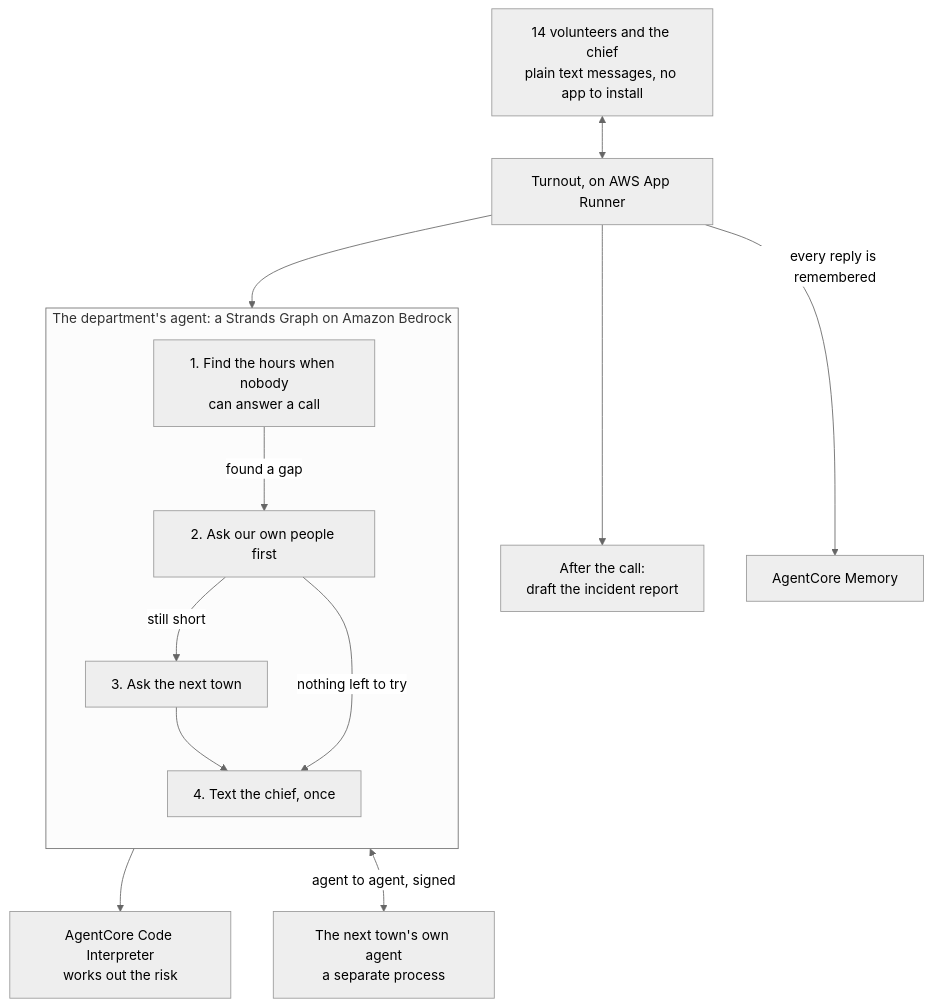
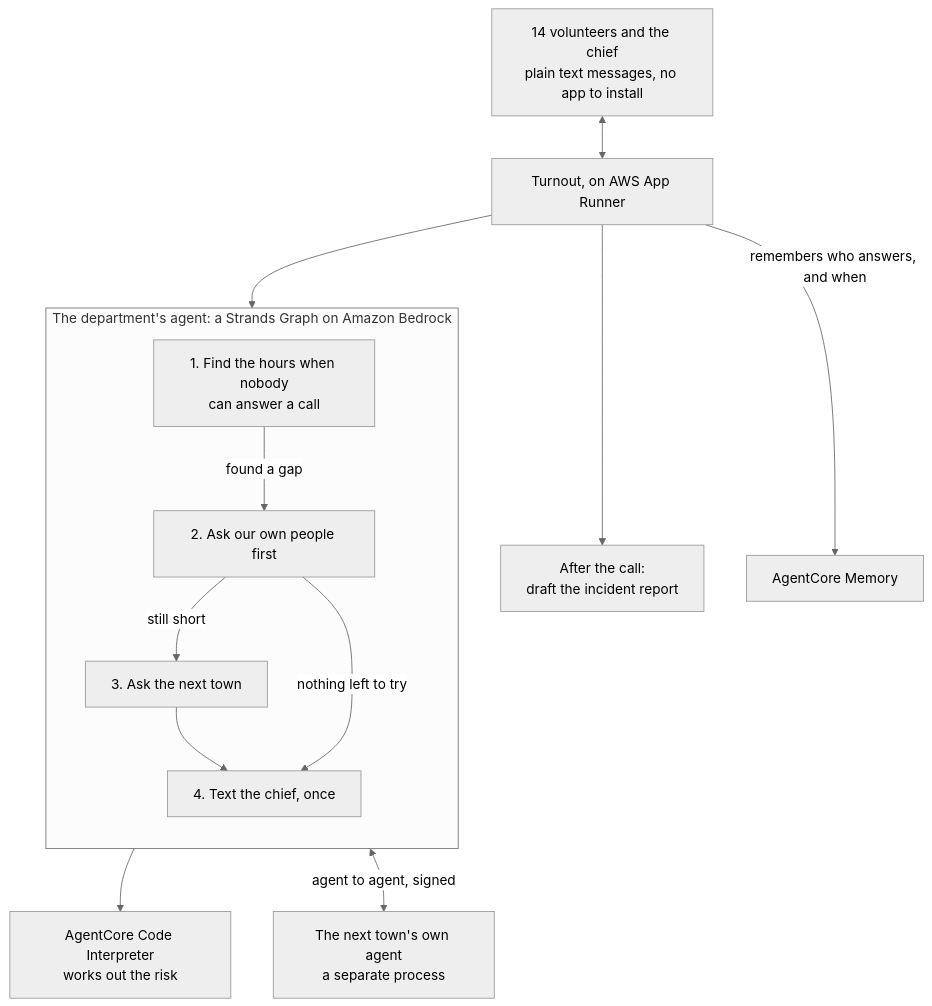
One commit to usv240/turnout changed the diagram in README.md. Above: the diagram before and after it, drawn with Mermaid.

Commit message:
Narrow the memory label to what is actually written
The simplified diagram said "every reply is remembered". Only three statuses reach
AgentCore Memory: available, partial and unavailable, guarded in _record in
agents/roll_call.py. STOP, START, HELP, LIMITS and the chief's decision replies all
go through handle_inbound and none of them are written. The label now says it
remembers who answers and when, which is what the memory holds.

Introduced by me while simplifying, which is the risk in simplifying: a shorter
label is easier to make broader than the code.

````diff
--- a/README.md
+++ b/README.md
@@ -62,24 +62,24 @@
 ```mermaid
 %%{init: {'theme': 'neutral'}}%%
 flowchart TB
   PEOPLE["14 volunteers and the chief<br/>plain text messages, no app to install"] <--> APP
   APP["Turnout, on AWS App Runner"]
   APP --> STEP1
   APP --> SCRIBE["After the call:<br/>draft the incident report"]
-  APP -->|"every reply is remembered"| MEM["AgentCore Memory"]
+  APP -->|"remembers who answers, and when"| MEM["AgentCore Memory"]
 
   subgraph AGENT["The department's agent: a Strands Graph on Amazon Bedrock"]
     direction TB
     STEP1["1. Find the hours when nobody<br/>can answer a call"]
     STEP2["2. Ask our own people first"]
     STEP3["3. Ask the next town"]
     STEP4["4. Text the chief, once"]
     STEP1 -->|"found a gap"| STEP2
     STEP2 -->|"still short"| STEP3
     STEP3 --> STEP4
     STEP2 -->|"nothing left to try"| STEP4
   end
 
   STEP1 --> CODE["AgentCore Code Interpreter<br/>works out the risk"]
   STEP3 <-->|"agent to agent, signed"| PEER["The next town's own agent<br/>a separate process"]
 ```
````
